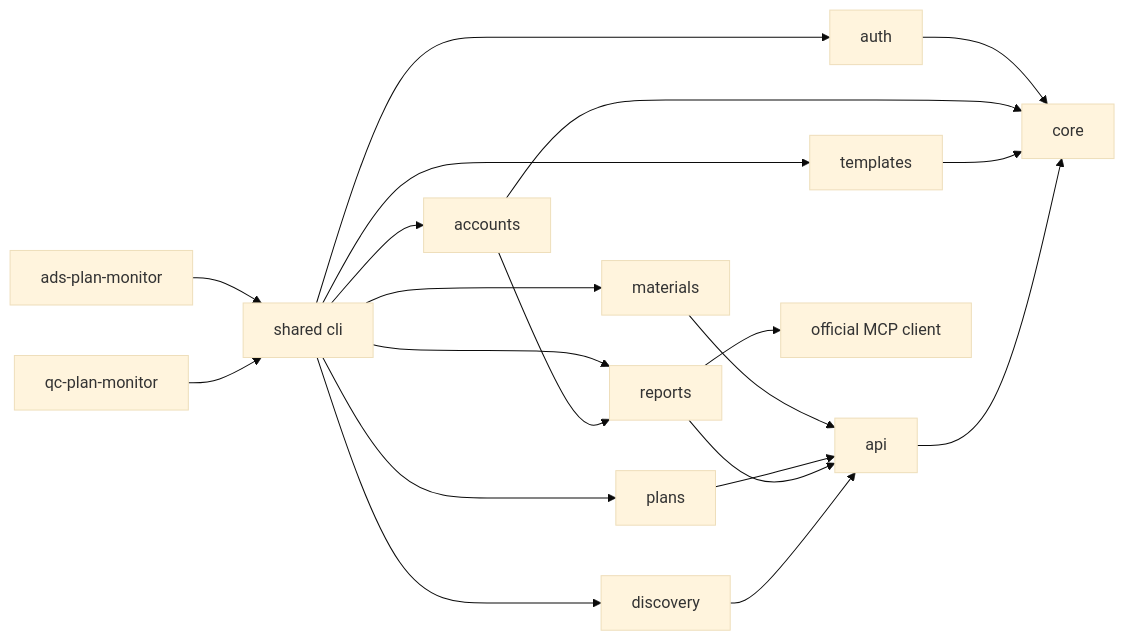
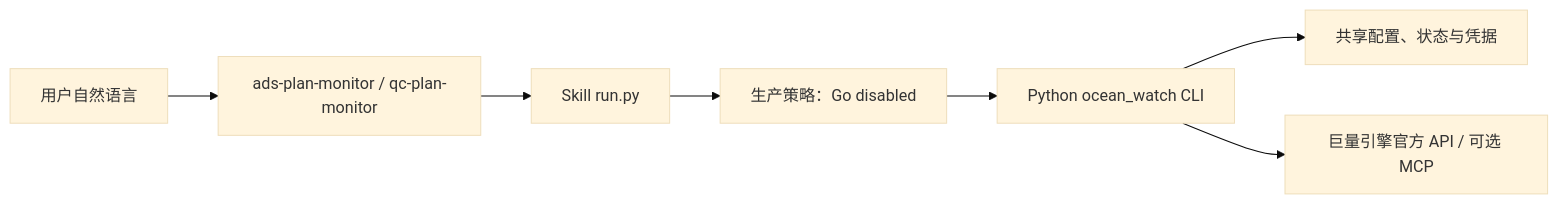
Before and after one commit to westng/ocean-watch: the first of 2 diagrams in docs/architecture.md, drawn with Mermaid (base theme). The commit also changed other lines of this file and 25 other files, not shown here.

Commit message:
docs: consolidate architecture documentation

````diff
--- a/docs/architecture.md
+++ b/docs/architecture.md
@@ -15,22 +36,9 @@
 ```mermaid
 flowchart LR
-    AdsSkill["ads-plan-monitor"] --> CLI["shared cli"]
-    QcSkill["qc-plan-monitor"] --> CLI
-    CLI --> Auth["auth"]
-    CLI --> Accounts["accounts"]
-    CLI --> Templates["templates"]
-    CLI --> Materials["materials"]
-    CLI --> Plans["plans"]
-    CLI --> Reports["reports"]
-    CLI --> Discovery["discovery"]
-    Auth --> Core["core"]
-    Accounts --> Core
-    Accounts --> Reports
-    Templates --> Core
-    Materials --> API["api"]
-    Plans --> API
-    Reports --> API
-    Reports --> McpClient["official MCP client"]
-    Discovery --> API
-    API --> Core
+    User["用户自然语言"] --> Skill["ads-plan-monitor / qc-plan-monitor"]
+    Skill --> RunPy["Skill run.py"]
+    RunPy --> Policy["生产策略：Go disabled"]
+    Policy --> Python["Python ocean_watch CLI"]
+    Python --> State["共享配置、状态与凭据"]
+    Python --> Official["巨量引擎官方 API / 可选 MCP"]
 ```
````
